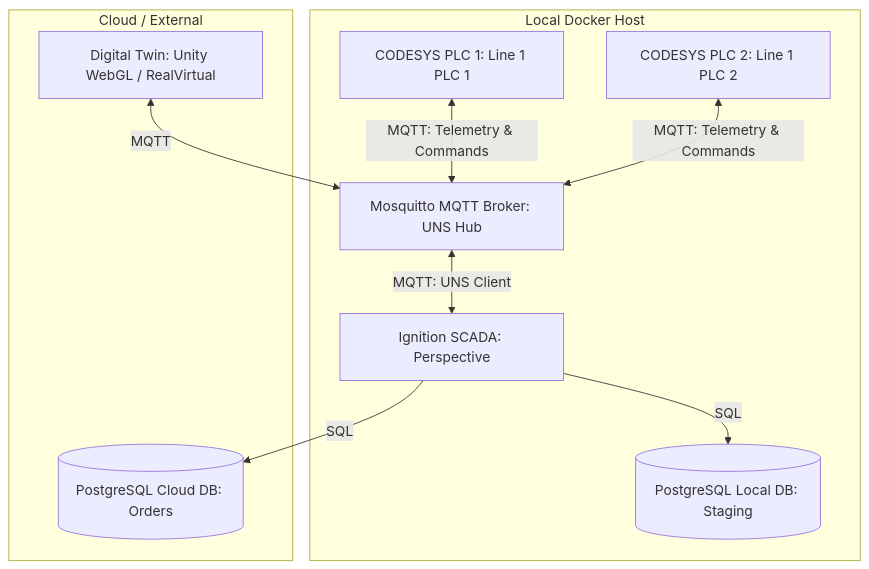
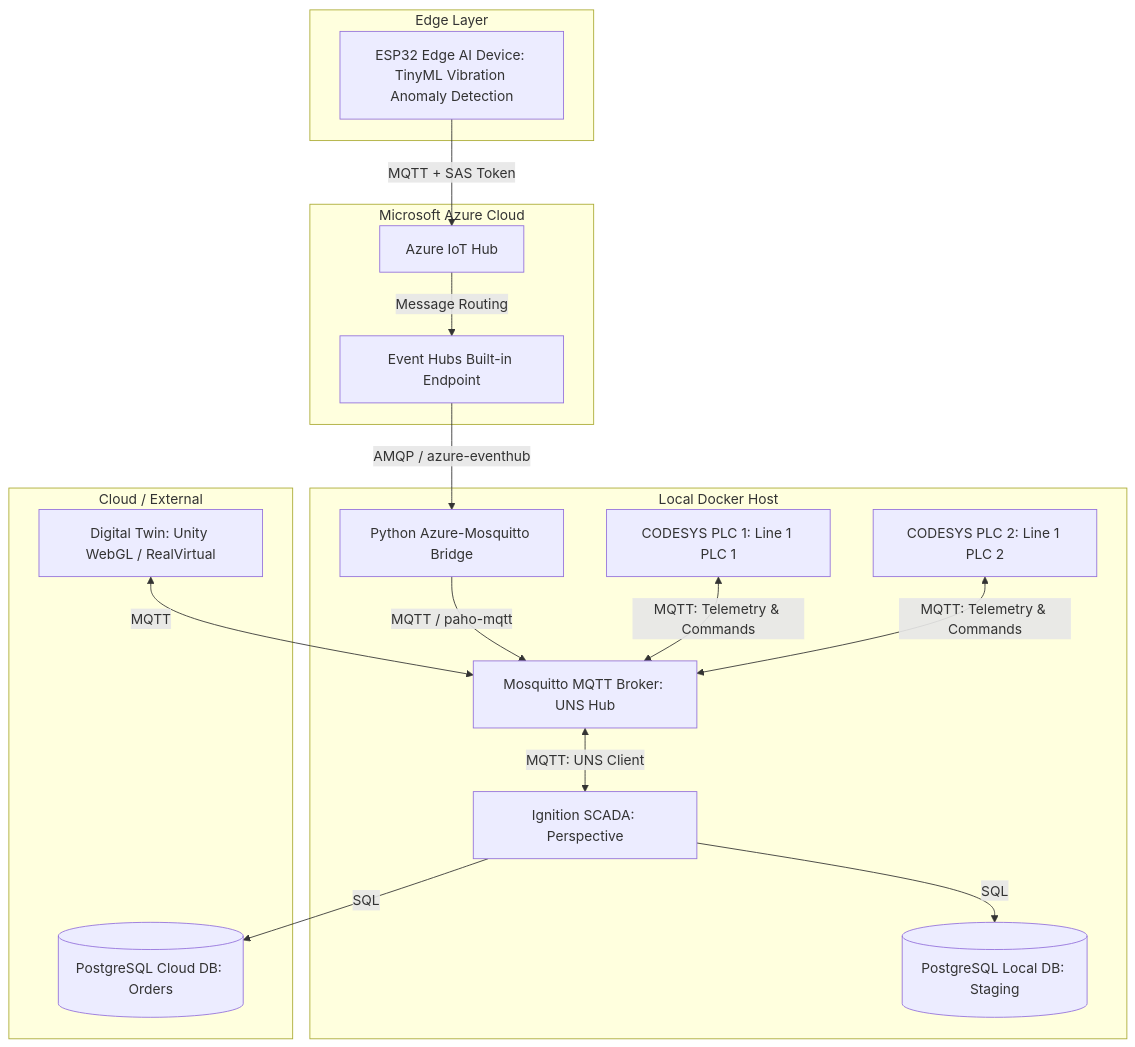
One commit to Szkitles/iiot-smart-factory changed the diagram in Project_Plan_EN.md. Above: the diagram before and after it, drawn with Mermaid. The commit also changed other lines of this file and 1404 other files, not shown here.

First line of the commit message:
feat(iot-bridge): implement secure Edge-to-Cloud OT-IT bridge with ESP32 and Azure

````diff
--- a/Project_Plan_EN.md
+++ b/Project_Plan_EN.md
@@ -14,23 +14,38 @@
 ```mermaid
 graph TD
     subgraph Local Docker Host
         PLC1[CODESYS PLC 1: Line 1 PLC 1]
         PLC2[CODESYS PLC 2: Line 1 PLC 2]
         Broker[Mosquitto MQTT Broker: UNS Hub]
         SCADA[Ignition SCADA: Perspective]
         DB_Local[(PostgreSQL Local DB: Staging)]
+        PythonBridge[Python Azure-Mosquitto Bridge]
+    end
+
+    subgraph Microsoft Azure Cloud
+        IoTHub[Azure IoT Hub]
+        EventHub[Event Hubs Built-in Endpoint]
+    end
+
+    subgraph Edge Layer
+        ESP32[ESP32 Edge AI Device: TinyML Vibration Anomaly Detection]
     end
 
     subgraph Cloud / External
         DB_Cloud[(PostgreSQL Cloud DB: Orders)]
         DT[Digital Twin: Unity WebGL / RealVirtual]
     end
 
     %% Communication paths
+    ESP32 -->|MQTT + SAS Token| IoTHub
+    IoTHub -->|Message Routing| EventHub
+    EventHub -->|AMQP / azure-eventhub| PythonBridge
+    PythonBridge -->|MQTT / paho-mqtt| Broker
+    
     PLC1 <-->|MQTT: Telemetry & Commands| Broker
     PLC2 <-->|MQTT: Telemetry & Commands| Broker
     Broker <-->|MQTT: UNS Client| SCADA
     SCADA -->|SQL| DB_Local
     SCADA -->|SQL| DB_Cloud
     DT <-->|MQTT| Broker
 ```
````
